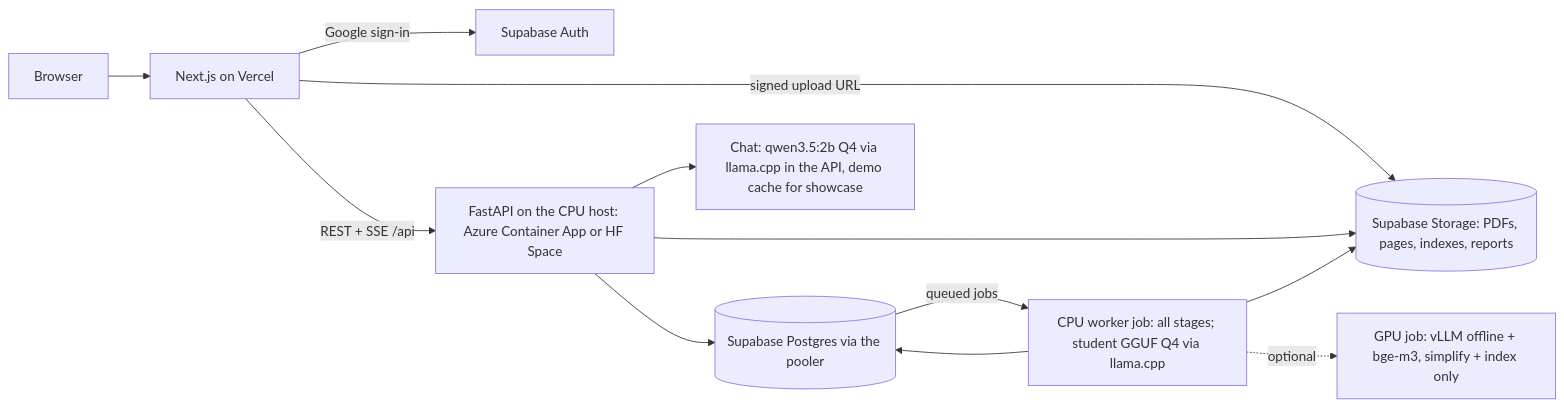
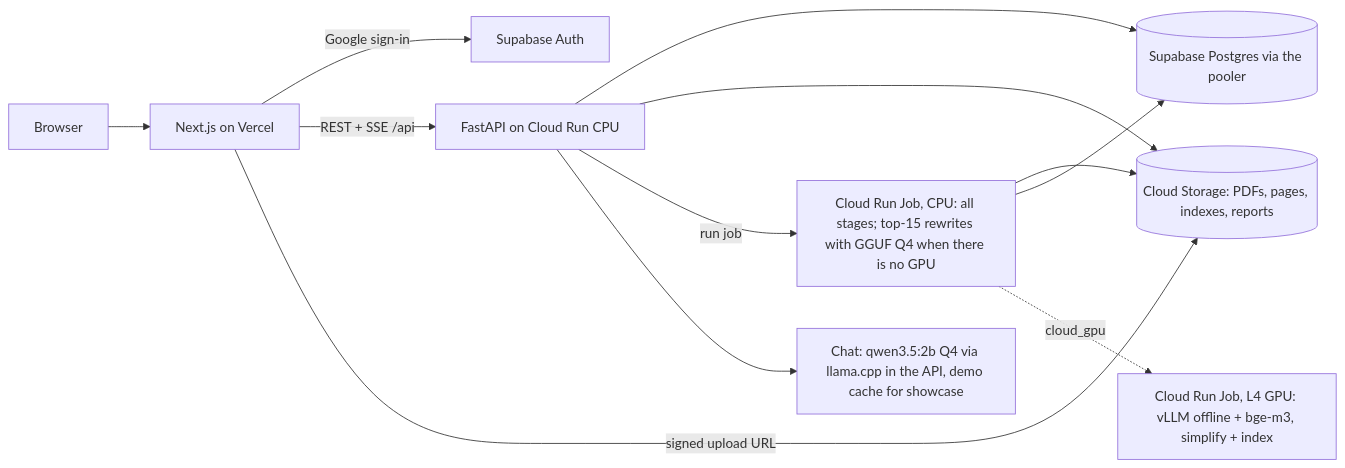
The first of 2 diagrams in docs/phase2/B02_ARCHITECTURE.md (AkshatTm/FinSight-IPO-X-Ray-for-Indian-retail-investors), drawn with Mermaid before and after one commit. The commit also changed other lines of this file and 15 other files, not shown here.

First line of the commit message:
docs(phase2): switch hosting to Google Cloud Run

````diff
--- a/docs/phase2/B02_ARCHITECTURE.md
+++ b/docs/phase2/B02_ARCHITECTURE.md
@@ -14,14 +14,14 @@
 ```mermaid
 flowchart LR
   U[Browser] --> FE[Next.js on Vercel]
   FE -->|Google sign-in| AUTH[Supabase Auth]
-  FE -->|REST + SSE /api| API[FastAPI on the CPU host: Azure Container App or HF Space]
-  FE -->|signed upload URL| ST[(Supabase Storage: PDFs, pages, indexes, reports)]
+  FE -->|REST + SSE /api| API[FastAPI on Cloud Run CPU]
+  FE -->|signed upload URL| ST[(Cloud Storage: PDFs, pages, indexes, reports)]
   API --> DB[(Supabase Postgres via the pooler)]
   API --> ST
-  DB -->|queued jobs| JOB[CPU worker job: all stages; student GGUF Q4 via llama.cpp]
+  API -->|run job| JOB[Cloud Run Job, CPU: all stages; top-15 rewrites with GGUF Q4 when there is no GPU]
   JOB --> ST
   JOB --> DB
   API --> CHAT[Chat: qwen3.5:2b Q4 via llama.cpp in the API, demo cache for showcase]
-  JOB -. optional .-> GPU[GPU job: vLLM offline + bge-m3, simplify + index only]
+  JOB -. cloud_gpu .-> GPU[Cloud Run Job, L4 GPU: vLLM offline + bge-m3, simplify + index]
 ```
````
